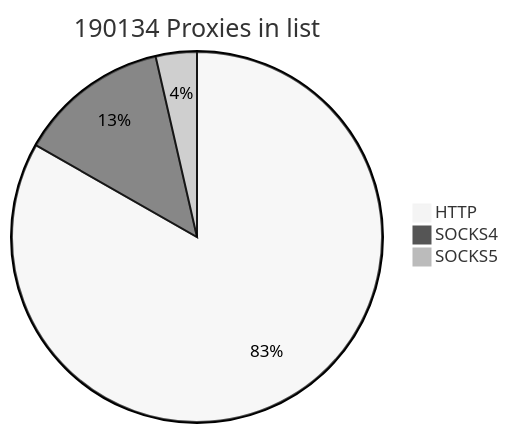
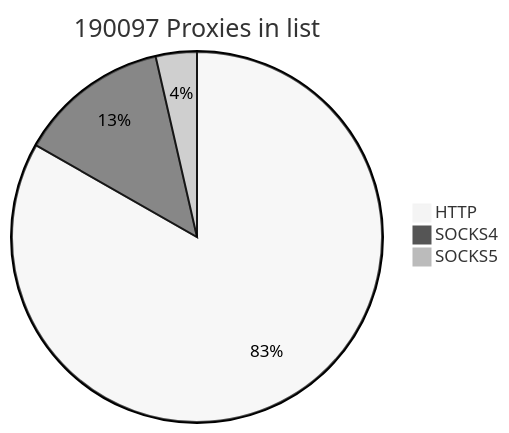
The first of 2 diagrams in README.md (cutipu/proxylist), drawn with Mermaid (neutral theme) before and after one commit. The commit also changed other lines of this file, not shown here.

````diff
--- a/README.md
+++ b/README.md
@@ -2,7 +2,7 @@
 ```mermaid
-pie title 190134 Proxies in list
-    "HTTP" : 158281
+pie title 190097 Proxies in list
+    "HTTP" : 158245
     "SOCKS4" : 25037
-    "SOCKS5" : 6816
+    "SOCKS5" : 6815
             
 ```
````
